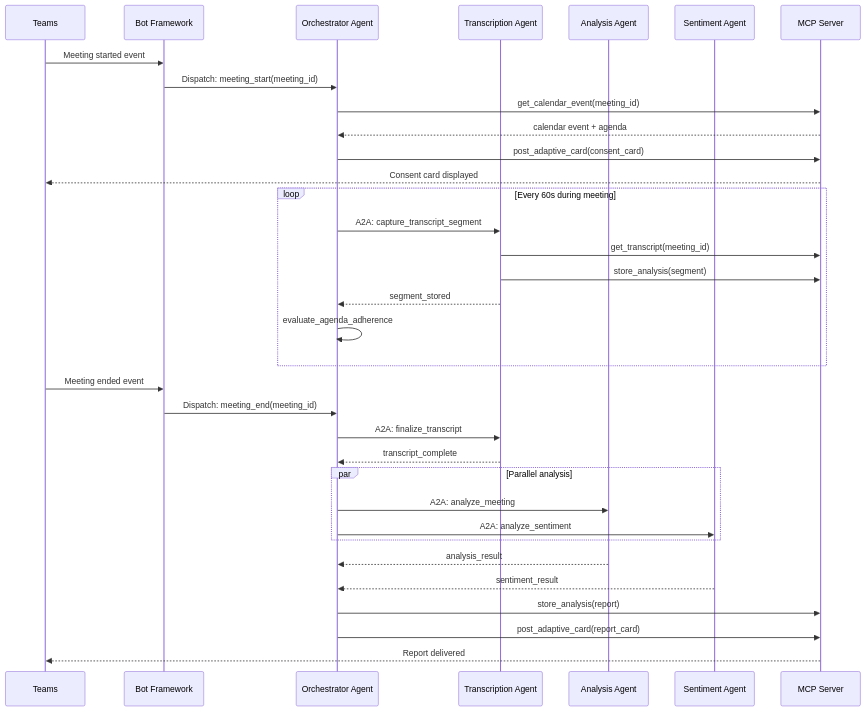
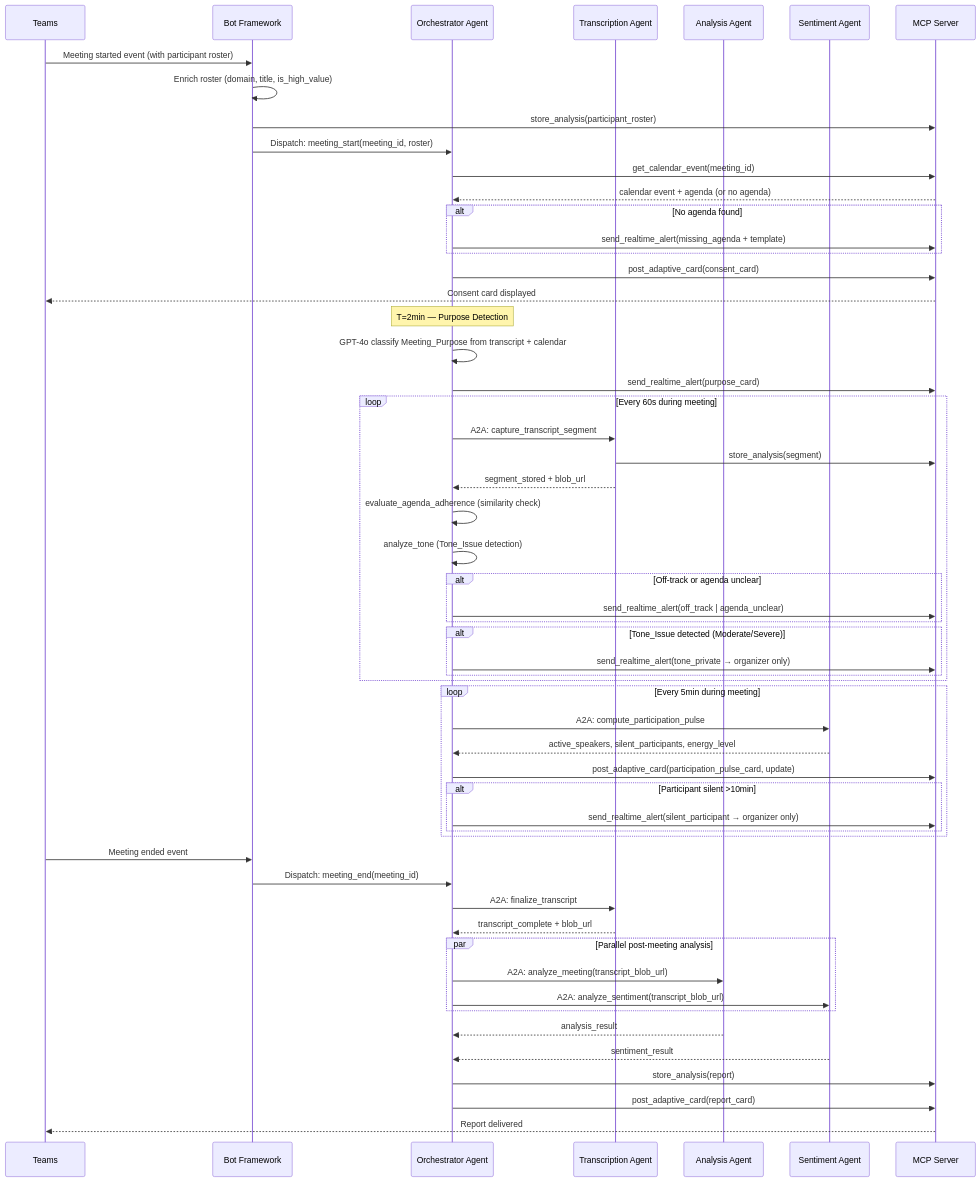
Before and after one commit to atieqrehman11/meeting-analyzer: the second of 4 diagrams in .kiro/specs/meeting-analyzer-specs/design.md, drawn with Mermaid. The commit also changed other lines of this file and 2 other files, not shown here.

````diff
--- a/.kiro/specs/meeting-analyzer-specs/design.md
+++ b/.kiro/specs/meeting-analyzer-specs/design.md
@@ -83,39 +81,63 @@
 ```mermaid
 sequenceDiagram
     participant Teams
     participant Bot as Bot Framework
     participant Orch as Orchestrator Agent
     participant Trans as Transcription Agent
     participant Anal as Analysis Agent
     participant Sent as Sentiment Agent
     participant MCP as MCP Server
 
-    Teams->>Bot: Meeting started event
-    Bot->>Orch: Dispatch: meeting_start(meeting_id)
+    Teams->>Bot: Meeting started event (with participant roster)
+    Bot->>Bot: Enrich roster (domain, title, is_high_value)
+    Bot->>MCP: store_analysis(participant_roster)
+    Bot->>Orch: Dispatch: meeting_start(meeting_id, roster)
     Orch->>MCP: get_calendar_event(meeting_id)
-    MCP-->>Orch: calendar event + agenda
+    MCP-->>Orch: calendar event + agenda (or no agenda)
+    alt No agenda found
+        Orch->>MCP: send_realtime_alert(missing_agenda + template)
+    end
     Orch->>MCP: post_adaptive_card(consent_card)
     MCP-->>Teams: Consent card displayed
 
+    Note over Orch: T=2min — Purpose Detection
+    Orch->>Orch: GPT-4o classify Meeting_Purpose from transcript + calendar
+    Orch->>MCP: send_realtime_alert(purpose_card)
+
     loop Every 60s during meeting
         Orch->>Trans: A2A: capture_transcript_segment
-        Trans->>MCP: get_transcript(meeting_id)
         Trans->>MCP: store_analysis(segment)
-        Trans-->>Orch: segment_stored
-        Orch->>Orch: evaluate_agenda_adherence
+        Trans-->>Orch: segment_stored + blob_url
+        Orch->>Orch: evaluate_agenda_adherence (similarity check)
+        Orch->>Orch: analyze_tone (Tone_Issue detection)
+        alt Off-track or agenda unclear
+            Orch->>MCP: send_realtime_alert(off_track | agenda_unclear)
+        end
+        alt Tone_Issue detected (Moderate/Severe)
+            Orch->>MCP: send_realtime_alert(tone_private → organizer only)
+        end
+    end
+
+    loop Every 5min during meeting
+        Orch->>Sent: A2A: compute_participation_pulse
+        Sent-->>Orch: active_speakers, silent_participants, energy_level
+        Orch->>MCP: post_adaptive_card(participation_pulse_card, update)
+        alt Participant silent >10min
+            Orch->>MCP: send_realtime_alert(silent_participant → organizer only)
+        end
     end
 
     Teams->>Bot: Meeting ended event
     Bot->>Orch: Dispatch: meeting_end(meeting_id)
     Orch->>Trans: A2A: finalize_transcript
-    Trans-->>Orch: transcript_complete
-    par Parallel analysis
-        Orch->>Anal: A2A: analyze_meeting
-        Orch->>Sent: A2A: analyze_sentiment
+    Trans-->>Orch: transcript_complete + blob_url
+    par Parallel post-meeting analysis
+        Orch->>Anal: A2A: analyze_meeting(transcript_blob_url)
+        Orch->>Sent: A2A: analyze_sentiment(transcript_blob_url)
     end
     Anal-->>Orch: analysis_result
     Sent-->>Orch: sentiment_result
     Orch->>MCP: store_analysis(report)
     Orch->>MCP: post_adaptive_card(report_card)
     MCP-->>Teams: Report delivered
 ```
````
